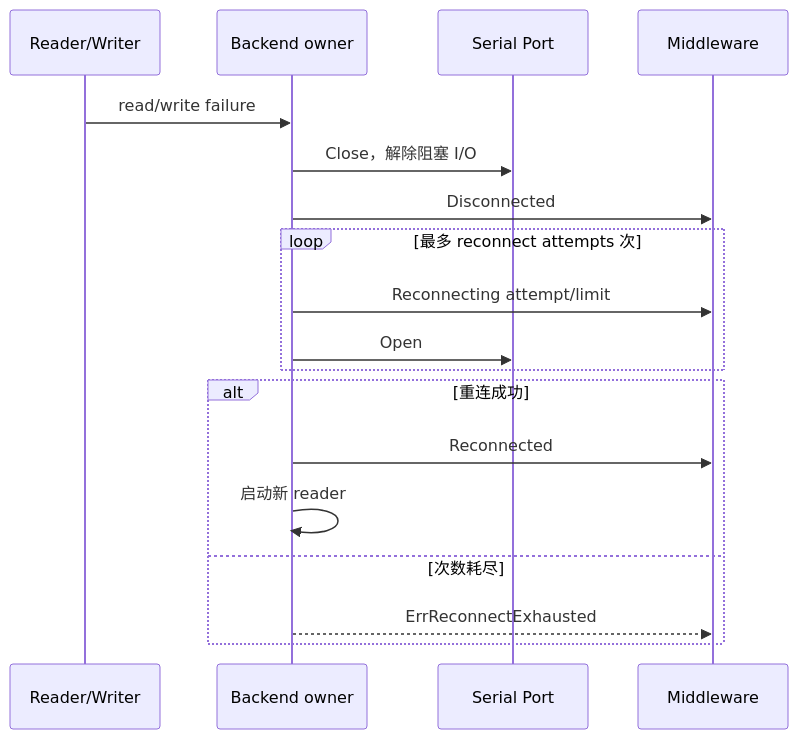
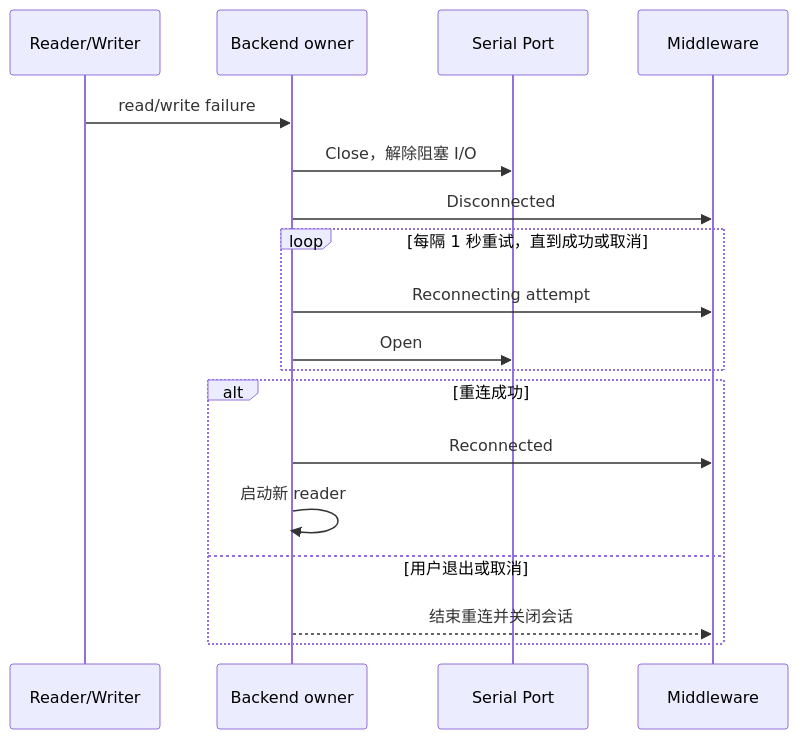
One commit to ZhiWei-Ou/xserial changed the third of 3 diagrams in docs/architecture.md. Above: the diagram before and after it, drawn with Mermaid. The commit also changed other lines of this file and 12 other files, not shown here.

````diff
--- a/docs/architecture.md
+++ b/docs/architecture.md
@@ -96,21 +96,21 @@
 ```mermaid
 sequenceDiagram
     participant R as Reader/Writer
     participant B as Backend owner
     participant P as Serial Port
     participant M as Middleware
 
     R->>B: read/write failure
     B->>P: Close，解除阻塞 I/O
     B->>M: Disconnected
-    loop 最多 reconnect attempts 次
-        B->>M: Reconnecting attempt/limit
+    loop 每隔 1 秒重试，直到成功或取消
+        B->>M: Reconnecting attempt
         B->>P: Open
     end
     alt 重连成功
         B->>M: Reconnected
         B->>B: 启动新 reader
-    else 次数耗尽
-        B-->>M: ErrReconnectExhausted
+    else 用户退出或取消
+        B-->>M: 结束重连并关闭会话
     end
 ```
````
